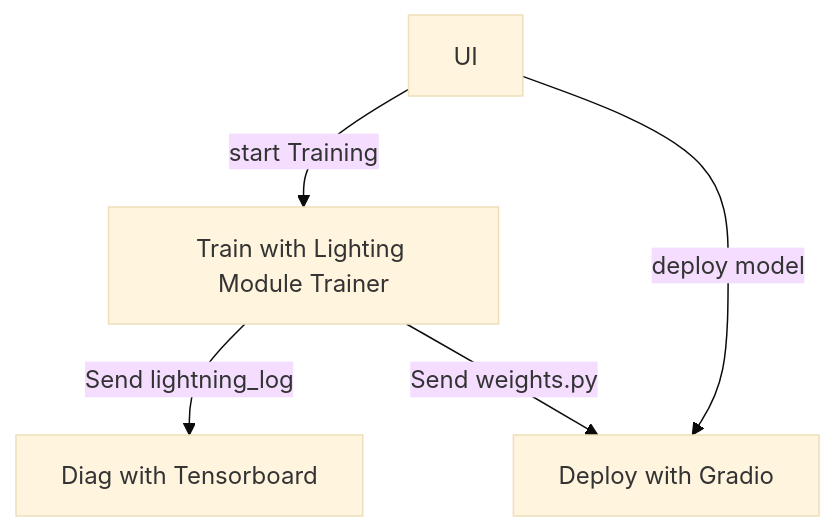
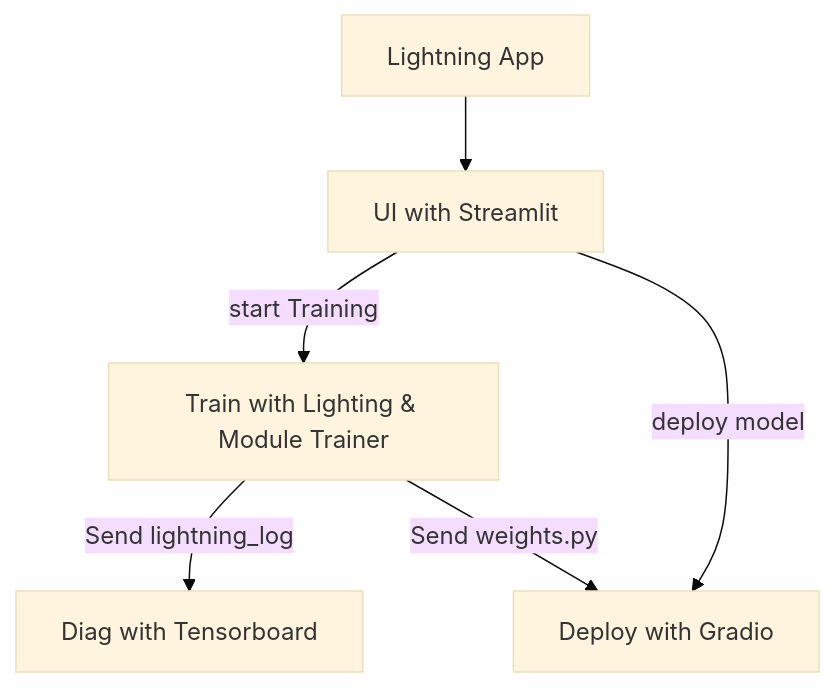
One commit to robert-s-lee/lai-train-eval changed the second of 2 diagrams in README.md. Above: the diagram before and after it, drawn with Mermaid (base theme). The commit also changed other lines of this file and 1 other file, not shown here.

````diff
--- a/README.md
+++ b/README.md
@@ -16,7 +22,8 @@
 ```mermaid
 graph TD;
-  U[UI] -- start Training --> T[Train with Lighting Module Trainer];
+  L[Lightning App] --> U[UI with Streamlit]
+  U -- start Training --> T[Train with Lighting & Module Trainer];
   U -- deploy model --> G[Deploy with Gradio];
   T -- Send lightning_log --> D[Diag with Tensorboard];
   T -- Send weights.py --> G;
 ```    
````
